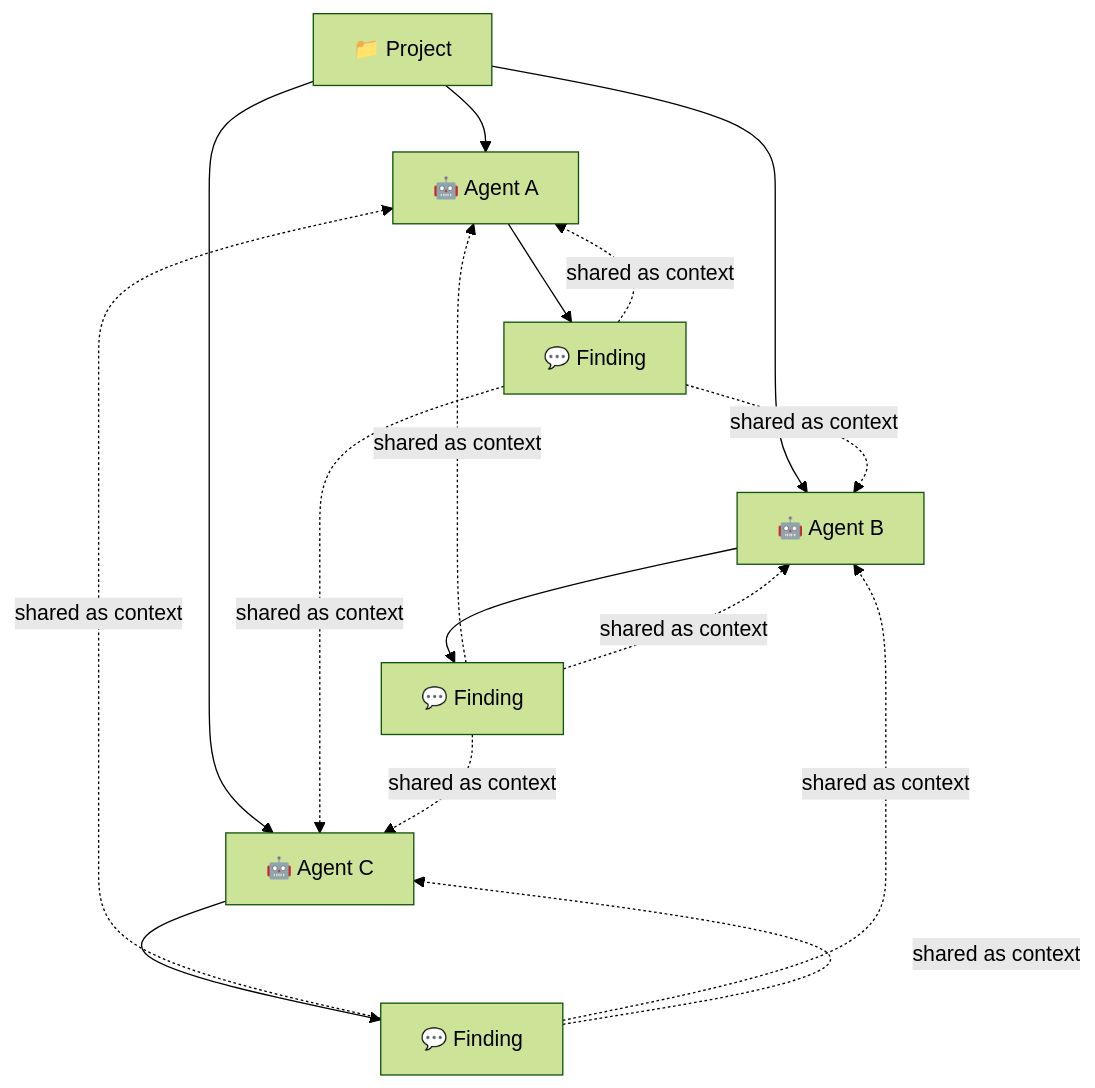
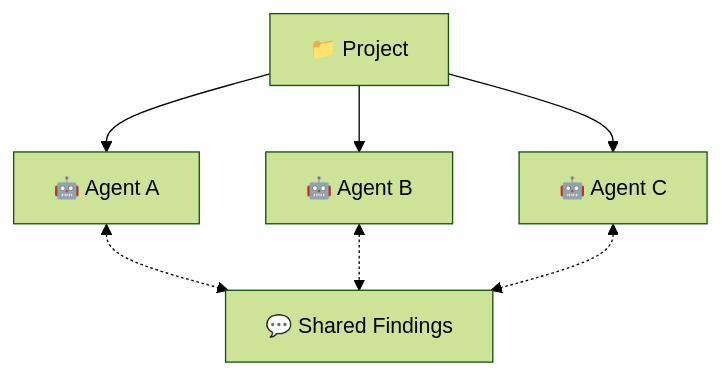
One commit to nick-pape/grackle changed the third of 5 diagrams in README.md. Above: the diagram before and after it, drawn with Mermaid (forest theme).

Commit message:
Simplify Team diagram: bidirectional arrows to shared findings

````diff
--- a/README.md
+++ b/README.md
@@ -45,9 +45,6 @@
 ```mermaid
 graph TD
     P["📁 Project"]
     P --> A1["🤖 Agent A"] & A2["🤖 Agent B"] & A3["🤖 Agent C"]
-    A1 --> FA["💬 Finding"]
-    A2 --> FB["💬 Finding"]
-    A3 --> FC["💬 Finding"]
-    FA & FB & FC -. shared as context .-> A1 & A2 & A3
+    A1 & A2 & A3 <-.-> F["💬 Shared Findings"]
 ```
````
